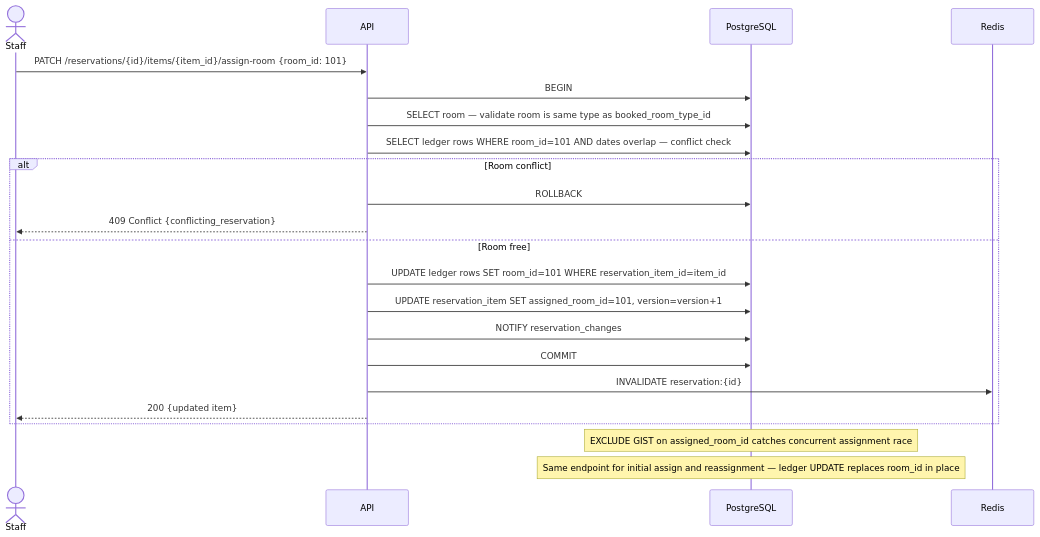
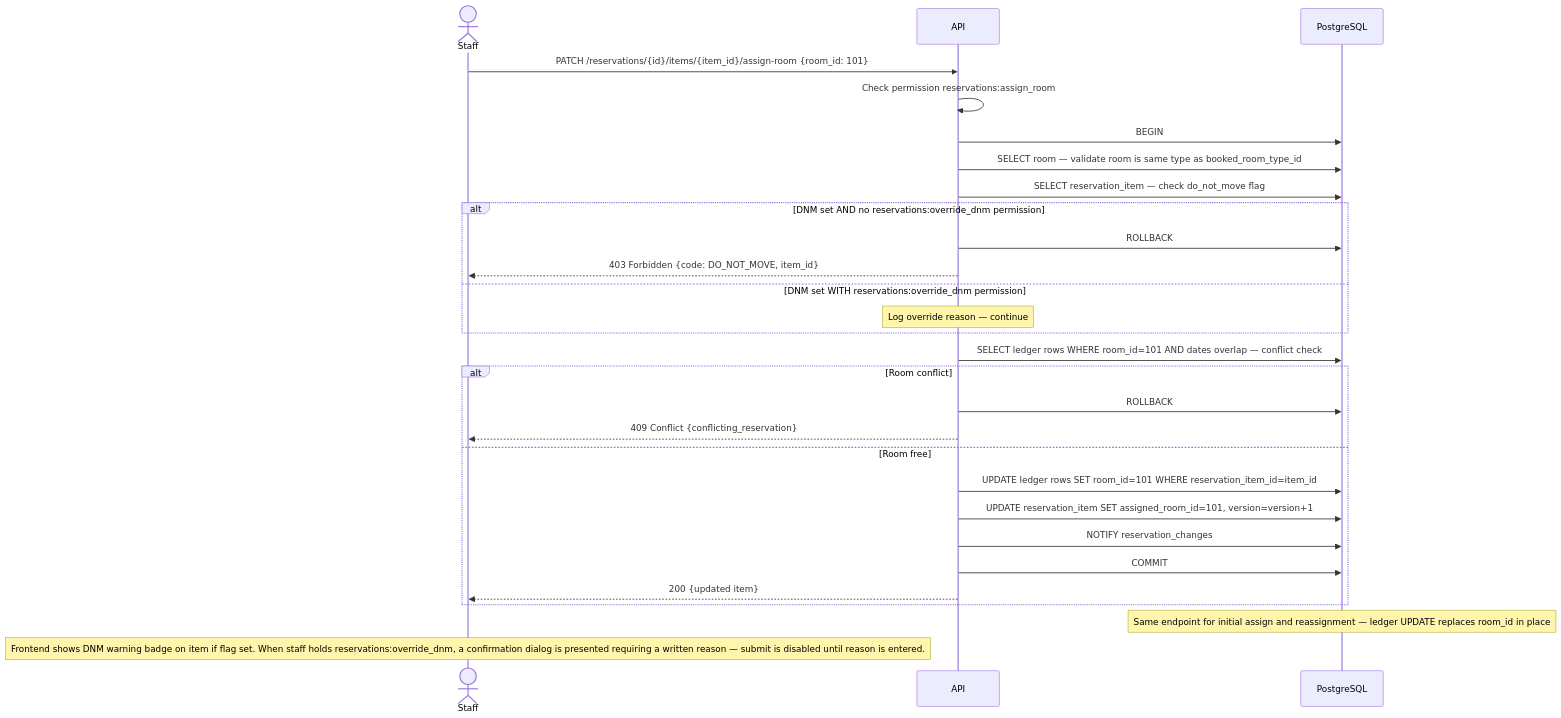
One commit to mallytj/yop-pms changed the eighth of 33 diagrams in docs/flows/reservations.md. Above: the diagram before and after it, drawn with Mermaid. The commit also changed other lines of this file, not shown here.

Commit message:
docs(reservations): update the flows post review

````diff
--- a/docs/flows/reservations.md
+++ b/docs/flows/reservations.md
@@ -404,26 +450,32 @@
 ```mermaid
 sequenceDiagram
     actor Staff
     participant API
     participant DB as PostgreSQL
-    participant Redis
 
     Staff->>API: PATCH /reservations/{id}/items/{item_id}/assign-room {room_id: 101}
+    API->>API: Check permission reservations:assign_room
     API->>DB: BEGIN
     API->>DB: SELECT room — validate room is same type as booked_room_type_id
+    API->>DB: SELECT reservation_item — check do_not_move flag
+    alt DNM set AND no reservations:override_dnm permission
+        API->>DB: ROLLBACK
+        API-->>Staff: 403 Forbidden {code: DO_NOT_MOVE, item_id}
+    else DNM set WITH reservations:override_dnm permission
+        Note over API: Log override reason — continue
+    end
     API->>DB: SELECT ledger rows WHERE room_id=101 AND dates overlap — conflict check
     alt Room conflict
         API->>DB: ROLLBACK
         API-->>Staff: 409 Conflict {conflicting_reservation}
     else Room free
         API->>DB: UPDATE ledger rows SET room_id=101 WHERE reservation_item_id=item_id
         API->>DB: UPDATE reservation_item SET assigned_room_id=101, version=version+1
         API->>DB: NOTIFY reservation_changes
         API->>DB: COMMIT
-        API->>Redis: INVALIDATE reservation:{id}
         API-->>Staff: 200 {updated item}
     end
 
-    Note over DB: EXCLUDE GIST on assigned_room_id catches concurrent assignment race
     Note over DB: Same endpoint for initial assign and reassignment — ledger UPDATE replaces room_id in place
+    Note over Staff: Frontend shows DNM warning badge on item if flag set. When staff holds reservations:override_dnm, a confirmation dialog is presented requiring a written reason — submit is disabled until reason is entered.
 ```
````
